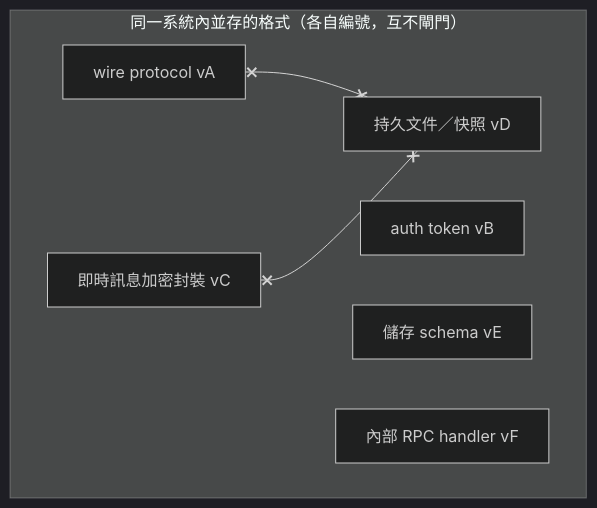
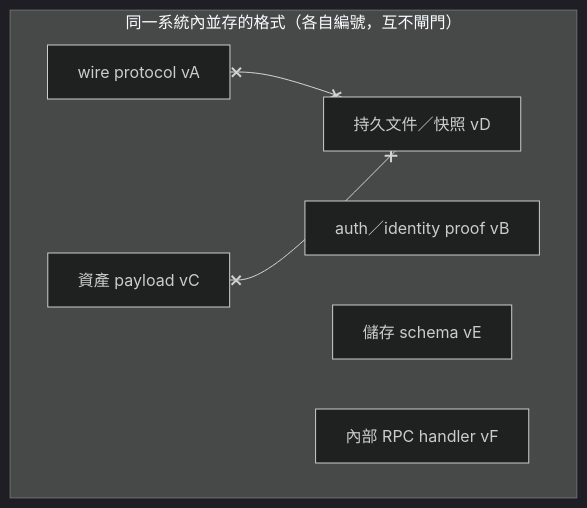
One commit to EricTsai83/drawstuff changed the first of 2 diagrams in docs/system-design/versioning-and-compatibility.md. Above: the diagram before and after it, drawn with Mermaid (dark theme). The commit also changed other lines of this file and 48 other files, not shown here.

````diff
--- a/docs/system-design/versioning-and-compatibility.md
+++ b/docs/system-design/versioning-and-compatibility.md
@@ -25,13 +24,13 @@
 ```mermaid
 flowchart TD
     subgraph Formats["同一系統內並存的格式（各自編號，互不閘門）"]
         F1["wire protocol vA"]
-        F2["auth token vB"]
-        F3["即時訊息加密封裝 vC"]
+        F2["auth／identity proof vB"]
+        F3["資產 payload vC"]
         F4["持久文件／快照 vD"]
         F5["儲存 schema vE"]
         F6["內部 RPC handler vF"]
     end
     F1 x--x F4
     F3 x--x F4
 ```
````
